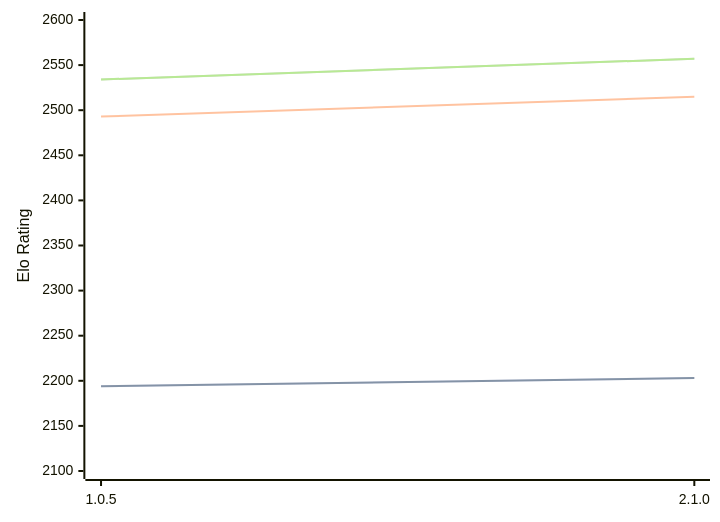
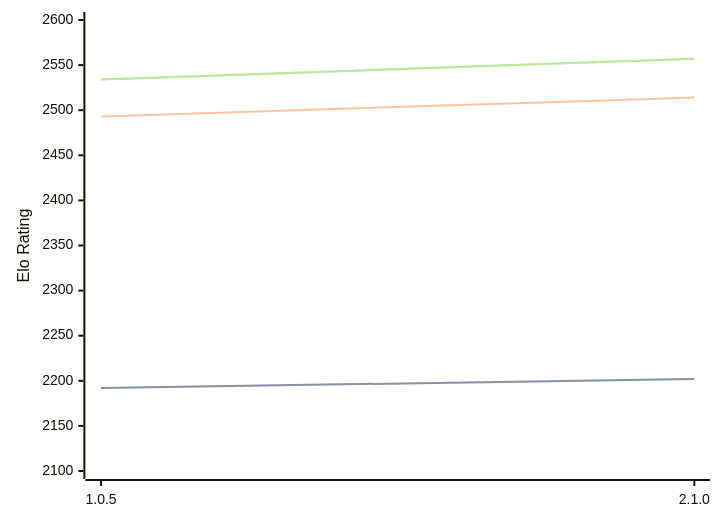
One commit to computer-chess-index/cci changed the diagram in engines/Ruffian.md. Above: the diagram before and after it, drawn with Mermaid. The commit also changed other lines of this file, not shown here.

Commit message:
Update CCI Ratings (ELO VLTC) - 2026-02-28

````diff
--- a/engines/Ruffian.md
+++ b/engines/Ruffian.md
@@ -30,11 +30,11 @@
 ```mermaid
 %%{init: {"theme":"base","themeVariables":{"seriesColors:['#a3a3a3','#222221','#faa371']}}}%%
 xychart-beta
   x-axis ["1.0.5", "2.1.0"]
   y-axis "Elo Rating" 2100 --> 2600
-  line "STC (8.0+0.08s)" [2194, 2203]
-  line "STC (8.0+0.08s)" [2194, 2203]
-  line "LTC (60.0+0.60s)" [2493, 2515]
+  line "STC (8.0+0.08s)" [2192, 2202]
+  line "STC (8.0+0.08s)" [2192, 2202]
+  line "LTC (60.0+0.60s)" [2493, 2514]
   line "VLTC (2m24s+1.12s)" [2534, 2557]
   line "VLTC (2m24s+1.12s)" [2534, 2557]
 ```
````
